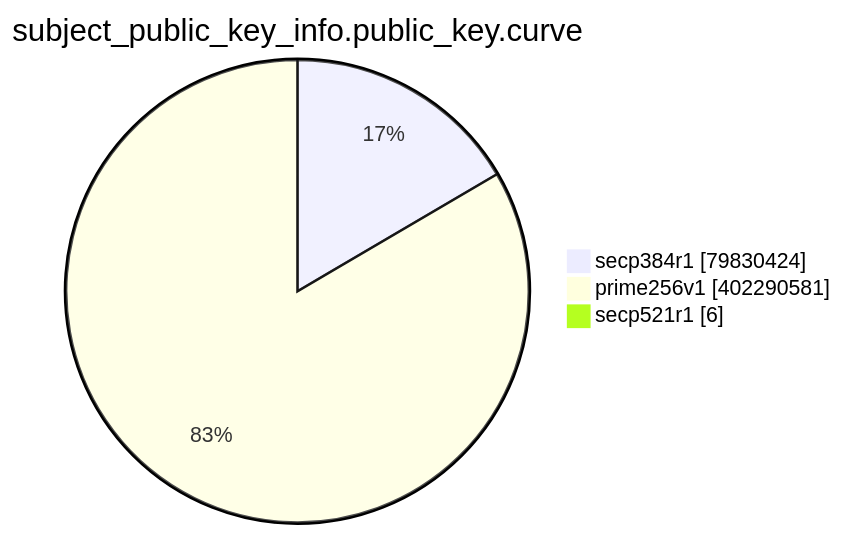
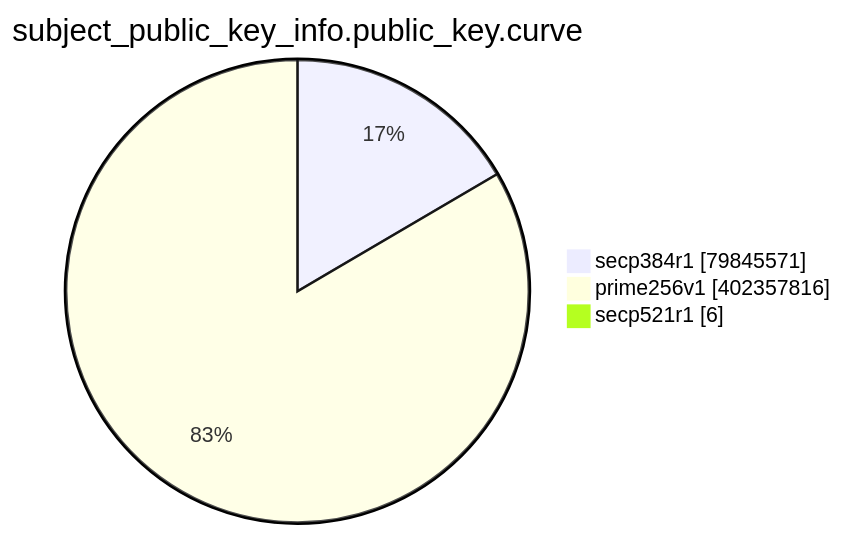
One commit to christiankrug/ctmonitor_visualization changed the eighth of 15 diagrams in TOTAL/README.md. Above: the diagram before and after it, drawn with Mermaid. The commit also changed other lines of this file, not shown here.

````diff
--- a/TOTAL/README.md
+++ b/TOTAL/README.md
@@ -3095,7 +3095,7 @@
 ```mermaid
 pie showData
 title subject_public_key_info.public_key.curve
-"secp384r1" :79830424
-"prime256v1" :402290581
+"secp384r1" :79845571
+"prime256v1" :402357816
 "secp521r1" :6
 ```
````
